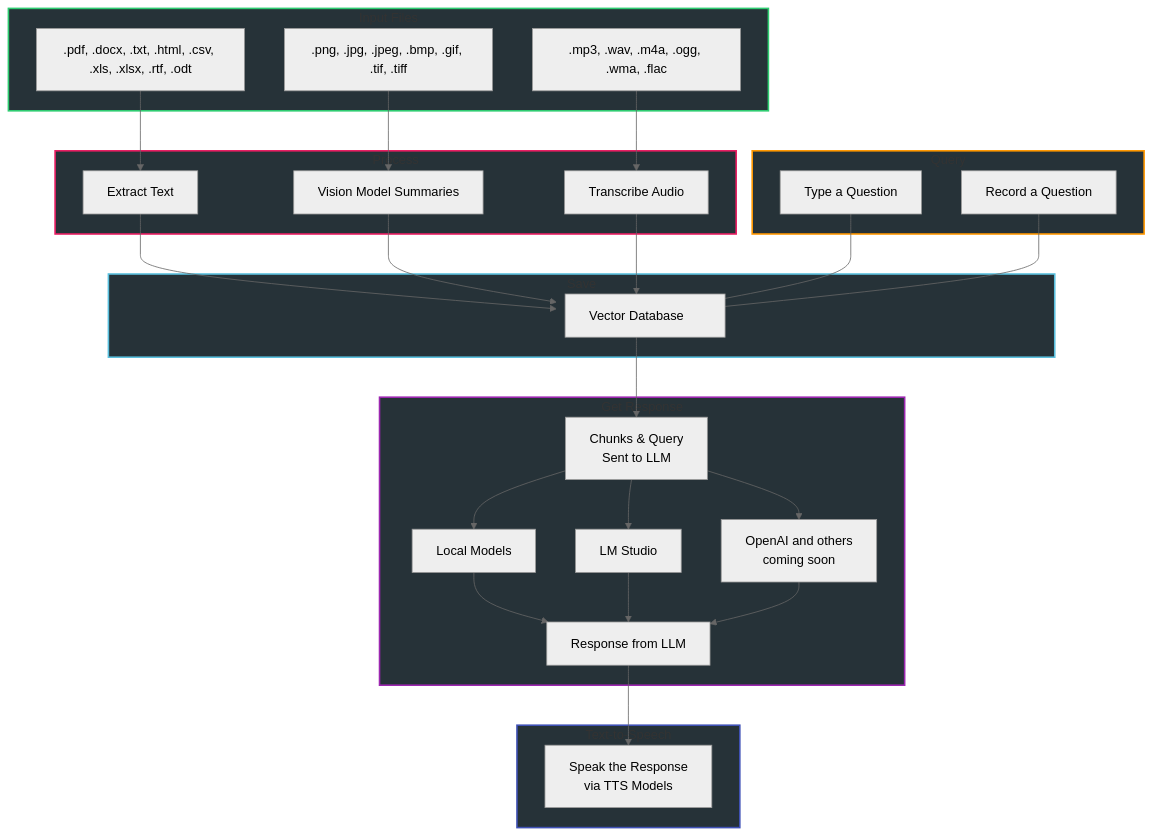
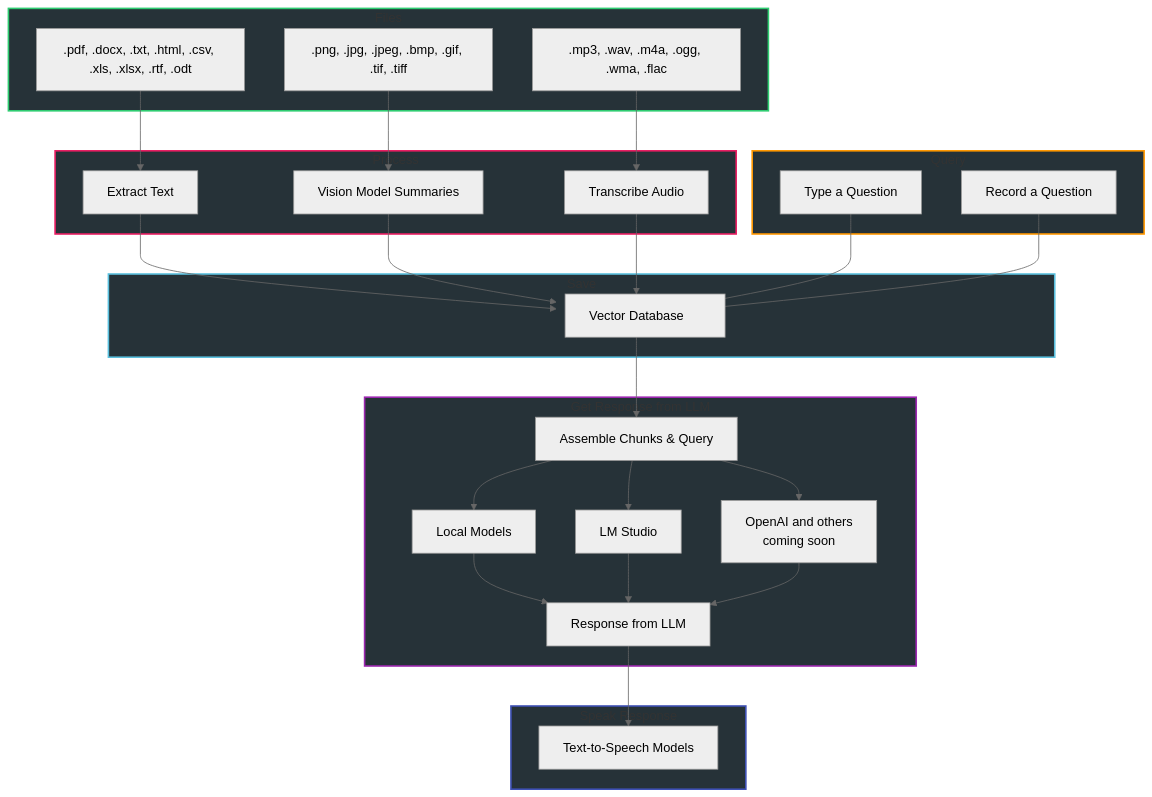
One commit to BBC-Esq/VectorDB-Plugin-for-LM-Studio changed the diagram in README.md. Above: the diagram before and after it, drawn with Mermaid (neutral theme).

````diff
--- a/README.md
+++ b/README.md
@@ -18,53 +18,53 @@
 ```mermaid
 graph TD
-    subgraph InputFiles [Input Files]
+    subgraph InputFiles [Files]
         A[.pdf, .docx, .txt, .html, .csv, .xls, .xlsx, .rtf, .odt]
         B[.png, .jpg, .jpeg, .bmp, .gif, .tif, .tiff]
         C[.mp3, .wav, .m4a, .ogg, .wma, .flac]
     end
     style InputFiles fill:#263238,stroke:#2ecc71,stroke-width:2px
     subgraph Processing [Process]
         D[Extract Text]
         E[Vision Model Summaries]
         F[Transcribe Audio]
     end
     style Processing fill:#263238,stroke:#e91e63,stroke-width:2px
     subgraph Output [Save]
         G[Vector Database]:::minWidth
     end
     style Output fill:#263238,stroke:#5bc0de,stroke-width:2px
     subgraph Search [Query]
         H[Type a Question]
         I[Record a Question]
     end
     style Search fill:#263238,stroke:#ff9800,stroke-width:2px
-    subgraph LLM [Get Response]
-        J[Chunks & Query<br>Sent to LLM]
+    subgraph LLM [Get Response from LLM]
+        J[Assemble Chunks & Query]
         K1[Local Models]
         K2[LM Studio]
         K3[OpenAI and others<br/>coming soon]
         K[Response from LLM]
         K1 --> K
         K2 --> K
         K3 --> K
     end
     style LLM fill:#263238,stroke:#9c27b0,stroke-width:2px
-    subgraph TTS [Text-to-Speech]
-        L[Speak the Response<br>via TTS Models]
+    subgraph TTS [Speak Response]
+        L[Text-to-Speech Models]
     end
     style TTS fill:#263238,stroke:#3f51b5,stroke-width:2px
     classDef minWidth width:200px
     A --> D
     B --> E
     C --> F
     D --> G
     E --> G
     F --> G
     H --> G
     I --> G
     G --> J
     J --> K1
     J --> K2
     J --> K3
     K --> L
 ```
````
